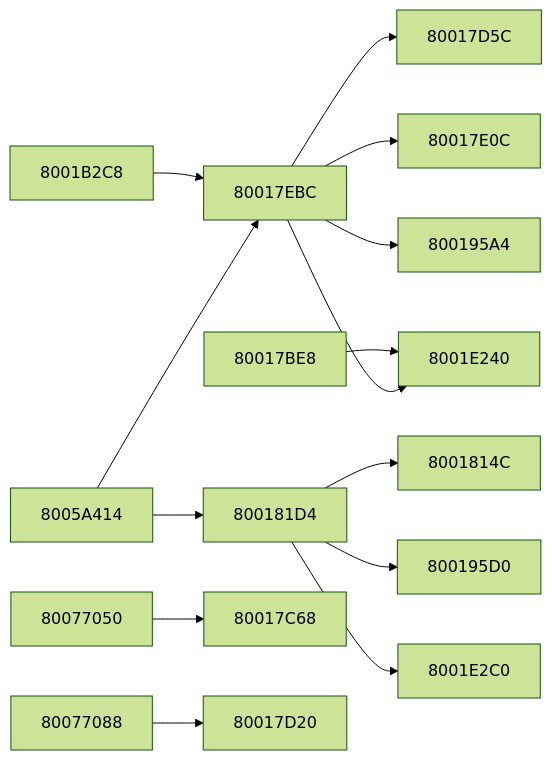
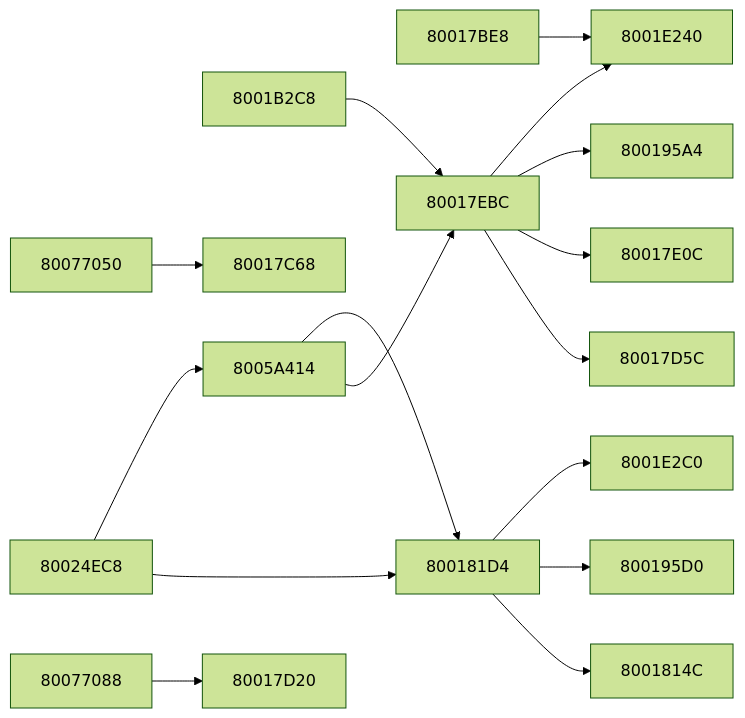
One commit to kai-luni/Future-Cop-L.A.P.D-PS1 changed the third of 10 diagrams in docs/FUNCTION_MAP.md. Above: the diagram before and after it, drawn with Mermaid (forest theme). The commit also changed other lines of this file and 1 other file, not shown here.

````diff
--- a/docs/FUNCTION_MAP.md
+++ b/docs/FUNCTION_MAP.md
@@ -95,32 +112,35 @@
 ```mermaid
 graph LR
     f80017be8 --> f8001e240
     f80017ebc --> f80017d5c
     f80017ebc --> f80017e0c
     f80017ebc --> f800195a4
     f80017ebc --> f8001e240
     f800181d4 --> f8001814c
     f800181d4 --> f800195d0
     f800181d4 --> f8001e2c0
     f8001b2c8 --> f80017ebc
+    f80024ec8 --> f800181d4
+    f80024ec8 --> f8005a414
     f8005a414 --> f80017ebc
     f8005a414 --> f800181d4
     f80077050 --> f80017c68
     f80077088 --> f80017d20
     f80017be8["80017BE8"]
     f80017c68["80017C68"]
     f80017d20["80017D20"]
     f80017d5c["80017D5C"]
     f80017e0c["80017E0C"]
     f80017ebc["80017EBC"]
     f8001814c["8001814C"]
     f800181d4["800181D4"]
     f800195a4["800195A4"]
     f800195d0["800195D0"]
     f8001b2c8["8001B2C8"]
     f8001e240["8001E240"]
     f8001e2c0["8001E2C0"]
+    f80024ec8["80024EC8"]
     f8005a414["8005A414"]
     f80077050["80077050"]
     f80077088["80077088"]
 ```
````
